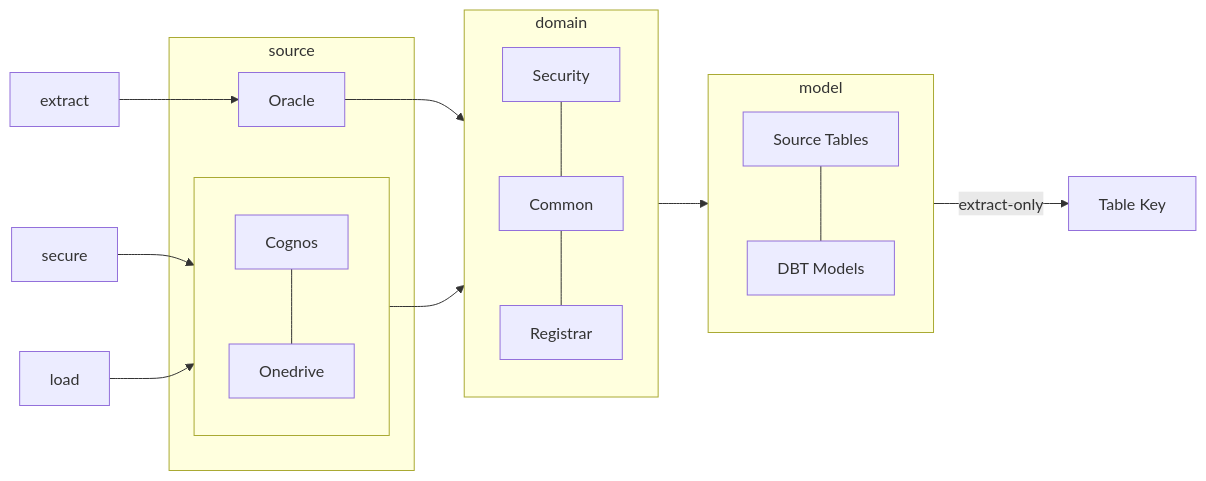
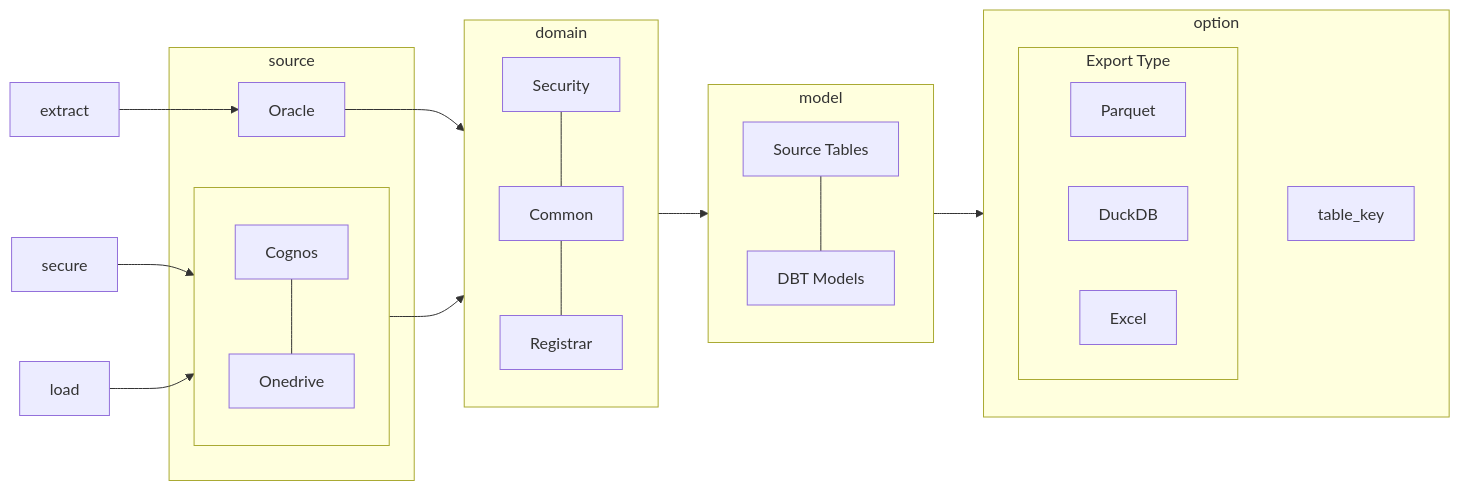
One commit to UO-IS-DDS/ods_docs changed the first of 2 diagrams in docs/mds/overview/_overview.md. Above: the diagram before and after it, drawn with Mermaid. The commit also changed other lines of this file, not shown here.

````diff
--- a/docs/mds/overview/_overview.md
+++ b/docs/mds/overview/_overview.md
@@ -5,25 +5,35 @@
 ``` mermaid
 graph LR
 
   extract --> Oracle
   subgraph targets [ ]
     Cognos --- Onedrive
   end
   secure --> targets
   load --> targets
   subgraph source
     Oracle
     targets
   end
   subgraph domain
     Security --- Common
     Common --- Registrar
   end 
   Oracle --> domain
   targets --> domain
   subgraph model
     source_tables[Source Tables] --- DBT[DBT Models]
   end
   domain --> model
-  model -->| extract-only | table_key[Table Key];
+  subgraph export_type[Export Type]
+    Parquet 
+    DuckDB
+    Excel
+  end
+  subgraph option
+    export_type
+    table_key
+  end
+  model --> option
+
 ```
````
